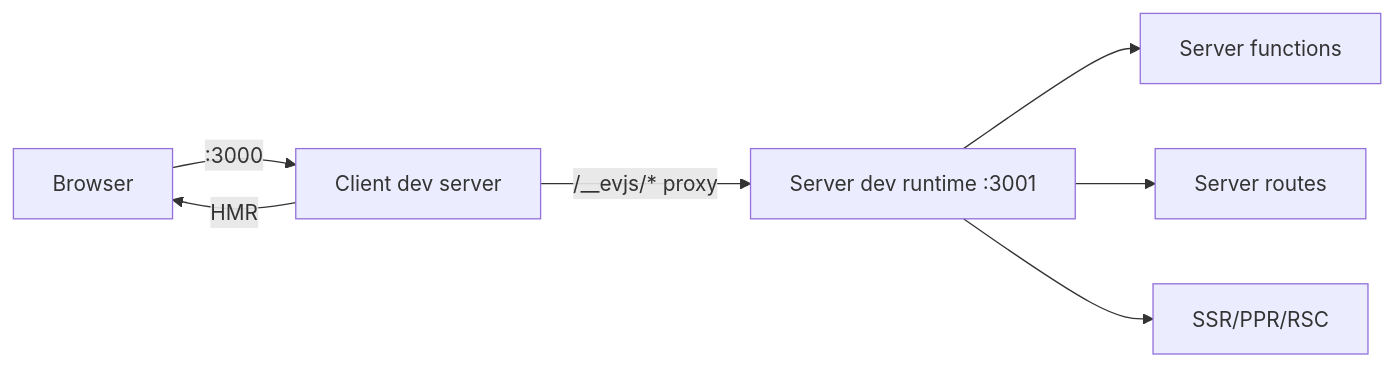
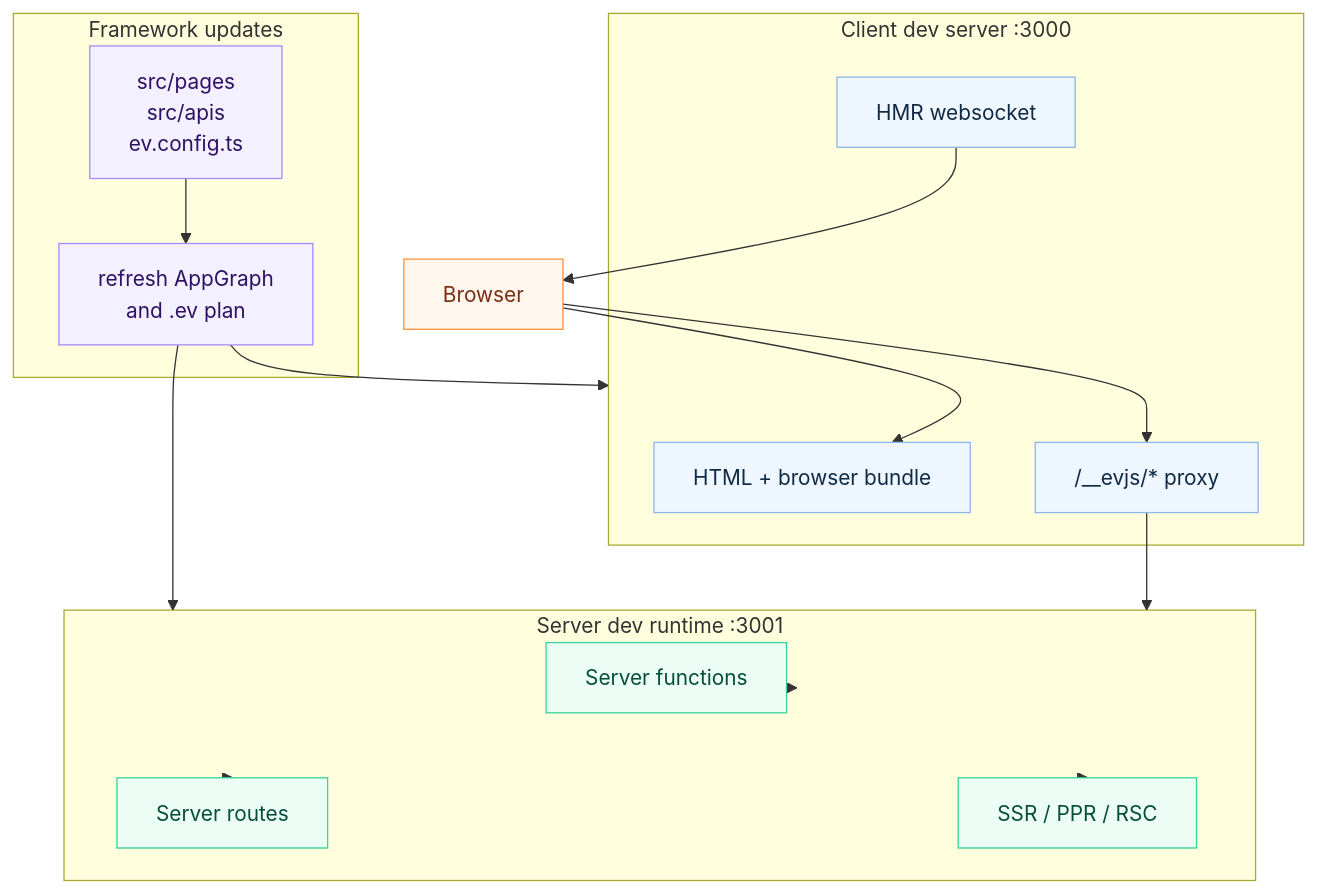
One commit to binhanchen25-arch/evjs changed the diagram in docs/docs/dev.md. Above: the diagram before and after it, drawn with Mermaid. The commit also changed 9 other files, not shown here.

Commit message:
docs(ev): improve architecture diagrams

````diff
--- a/docs/docs/dev.md
+++ b/docs/docs/dev.md
@@ -30,9 +30,40 @@
 ```mermaid
-flowchart LR
-    Browser -->|":3000"| Client["Client dev server"]
-    Client -->|"HMR"| Browser
-    Client -->|"/__evjs/* proxy"| Server["Server dev runtime :3001"]
-    Server --> Functions["Server functions"]
-    Server --> Routes["Server routes"]
-    Server --> Rendering["SSR/PPR/RSC"]
+flowchart TB
+  Browser["Browser"]
+
+  subgraph ClientSide["Client dev server :3000"]
+    HTML["HTML + browser bundle"]
+    HMR["HMR websocket"]
+    Proxy["/__evjs/* proxy"]
+  end
+
+  subgraph ServerSide["Server dev runtime :3001"]
+    Functions["Server functions"]
+    Routes["Server routes"]
+    Rendering["SSR / PPR / RSC"]
+  end
+
+  subgraph Updates["Framework updates"]
+    Files["src/pages\nsrc/apis\nev.config.ts"]
+    Plan["refresh AppGraph\nand .ev plan"]
+  end
+
+  Browser --> HTML
+  HMR --> Browser
+  Browser --> Proxy --> ServerSide
+  ServerSide --> Functions
+  ServerSide --> Routes
+  ServerSide --> Rendering
+  Files --> Plan
+  Plan --> ClientSide
+  Plan --> ServerSide
+
+  classDef browser fill:#fff7ed,stroke:#fb923c,color:#7c2d12;
+  classDef client fill:#eef6ff,stroke:#8fb5e8,color:#102a43;
+  classDef server fill:#ecfdf5,stroke:#34d399,color:#064e3b;
+  classDef update fill:#f3f0ff,stroke:#a78bfa,color:#2e1065;
+  class Browser browser;
+  class HTML,HMR,Proxy client;
+  class Functions,Routes,Rendering server;
+  class Files,Plan update;
 ```
````
